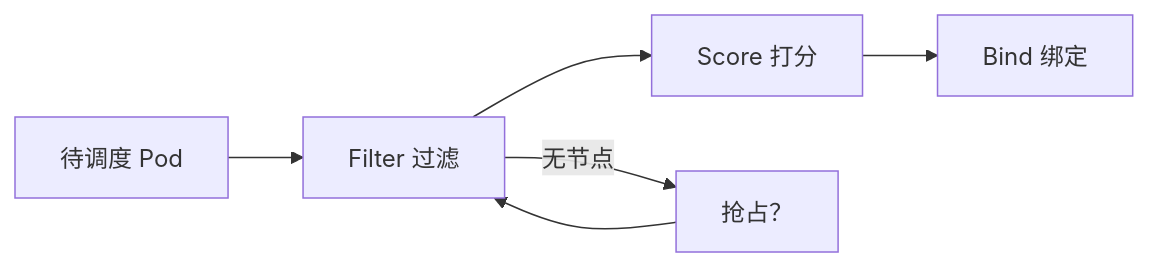
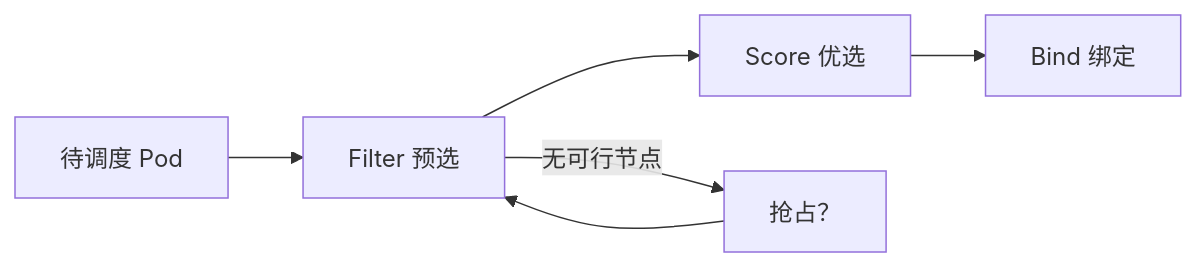
The diagram in notes/A-target/k8s-scheduler-filter-score-preempt.md (cityofwang/container-cloud-interview-prep), drawn with Mermaid before and after one commit. The commit also changed other lines of this file, not shown here.

````diff
--- a/notes/A-target/k8s-scheduler-filter-score-preempt.md
+++ b/notes/A-target/k8s-scheduler-filter-score-preempt.md
@@ -20,8 +23,8 @@
 ```mermaid
 flowchart LR
-  P["待调度 Pod"] --> F["Filter 过滤"]
-  F --> S["Score 打分"]
+  P["待调度 Pod"] --> F["Filter 预选"]
+  F --> S["Score 优选"]
   S --> B["Bind 绑定"]
-  F -->|无节点| Pr["抢占？"]
+  F -->|无可行节点| Pr["抢占？"]
   Pr --> F
 ```
````
